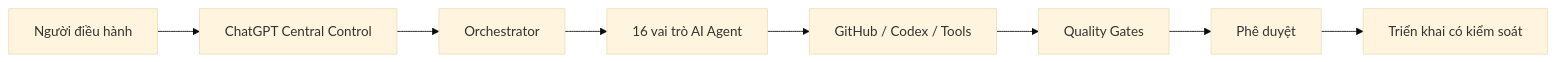
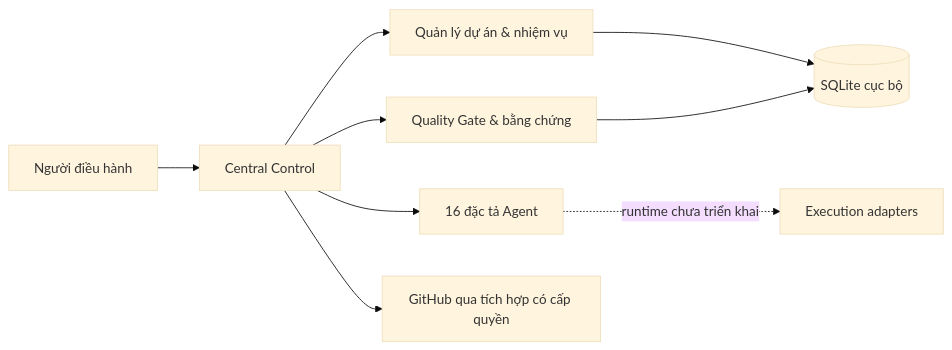
One commit to lengocsang-1991/ai-software-factory-control changed the diagram in README.md. Above: the diagram before and after it, drawn with Mermaid (base theme). The commit also changed other lines of this file and 97 other files, not shown here.

````diff
--- a/README.md
+++ b/README.md
@@ -9,10 +16,11 @@
 ```mermaid
 flowchart LR
- U[Người điều hành] --> C[ChatGPT Central Control]
- C --> O[Orchestrator]
- O --> A[16 vai trò AI Agent]
- A --> T[GitHub / Codex / Tools]
- T --> Q[Quality Gates]
- Q --> V[Phê duyệt]
- V --> D[Triển khai có kiểm soát]
+    A[Người điều hành] --> B[Central Control]
+    B --> C[Quản lý dự án & nhiệm vụ]
+    B --> D[Quality Gate & bằng chứng]
+    B --> E[16 đặc tả Agent]
+    C --> F[(SQLite cục bộ)]
+    D --> F
+    E -. runtime chưa triển khai .-> G[Execution adapters]
+    B --> H[GitHub qua tích hợp có cấp quyền]
 ```
````
